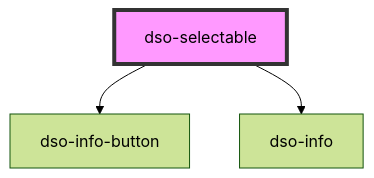
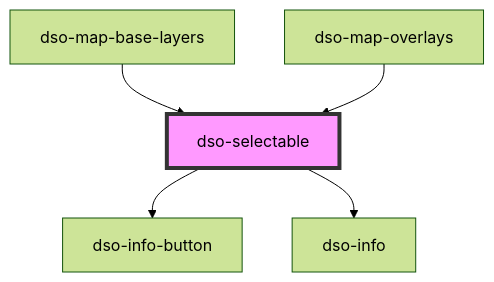
One commit to dso-toolkit/dso-toolkit changed the diagram in packages/core/src/components/selectable/readme.md. Above: the diagram before and after it, drawn with Mermaid (forest theme). The commit also changed other lines of this file and 58 other files, not shown here.

````diff
--- a/packages/core/src/components/selectable/readme.md
+++ b/packages/core/src/components/selectable/readme.md
@@ -39,6 +44,8 @@
 ```mermaid
 graph TD;
   dso-selectable --> dso-info-button
   dso-selectable --> dso-info
+  dso-map-base-layers --> dso-selectable
+  dso-map-overlays --> dso-selectable
   style dso-selectable fill:#f9f,stroke:#333,stroke-width:4px
 ```
````
